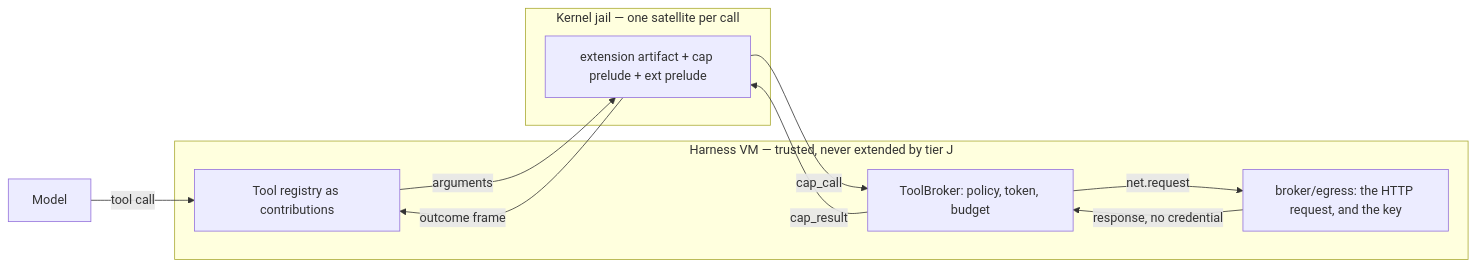
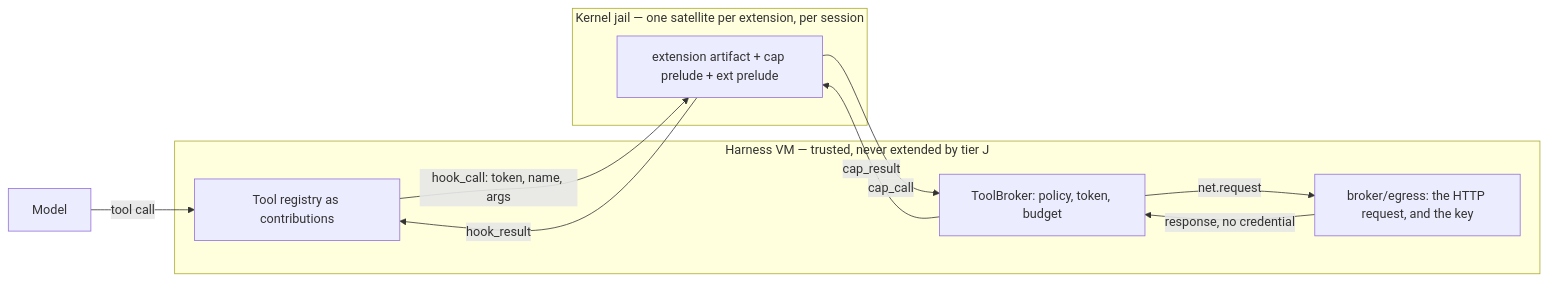
The first of 2 diagrams in docs/architecture/extensions.md (Roasbeef/loom), drawn with Mermaid before and after one commit. The commit also changed other lines of this file and 22 other files, not shown here.

````diff
--- a/docs/architecture/extensions.md
+++ b/docs/architecture/extensions.md
@@ -70,18 +70,18 @@
 ```mermaid
 flowchart LR
     subgraph H["Harness VM — trusted, never extended by tier J"]
       REG[Tool registry as contributions]
       BRK[ToolBroker: policy, token, budget]
       EG[broker/egress: the HTTP request, and the key]
     end
-    subgraph J["Kernel jail — one satellite per call"]
+    subgraph J["Kernel jail — one satellite per extension, per session"]
       SAT[extension artifact + cap prelude + ext prelude]
     end
     M[Model] -->|tool call| REG
-    REG -->|arguments| SAT
+    REG -->|hook_call: token, name, args| SAT
     SAT -->|cap_call| BRK
     BRK -->|net.request| EG
     EG -->|response, no credential| BRK
     BRK -->|cap_result| SAT
-    SAT -->|outcome frame| REG
+    SAT -->|hook_result| REG
 ```
````
